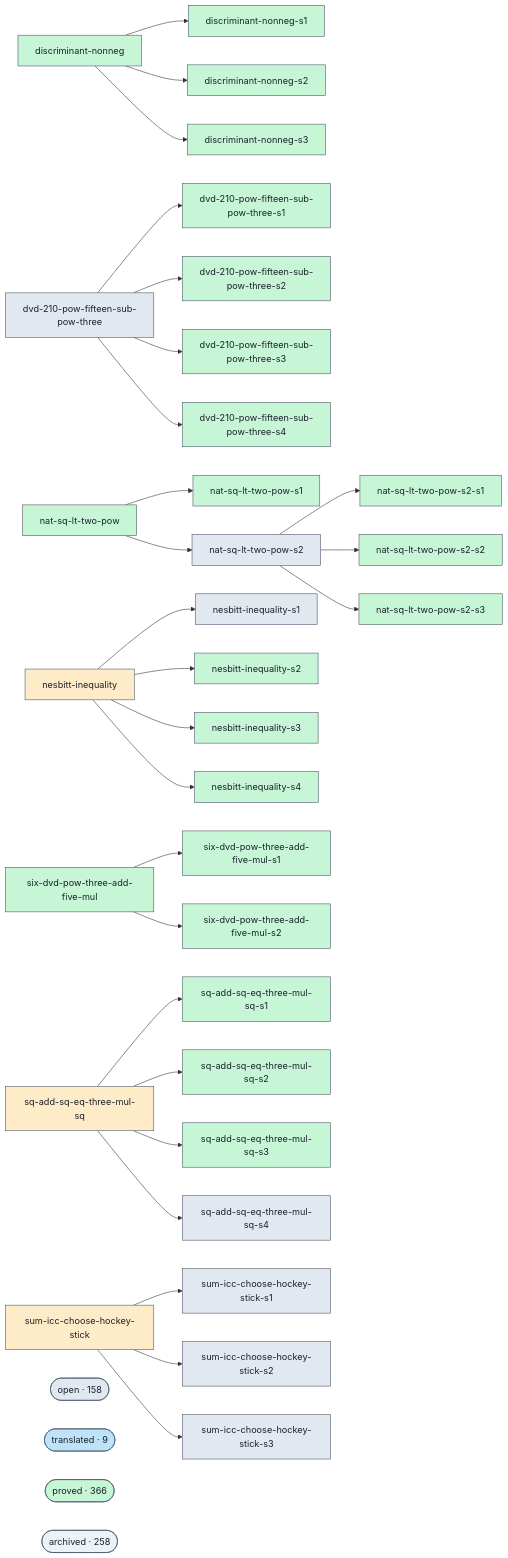
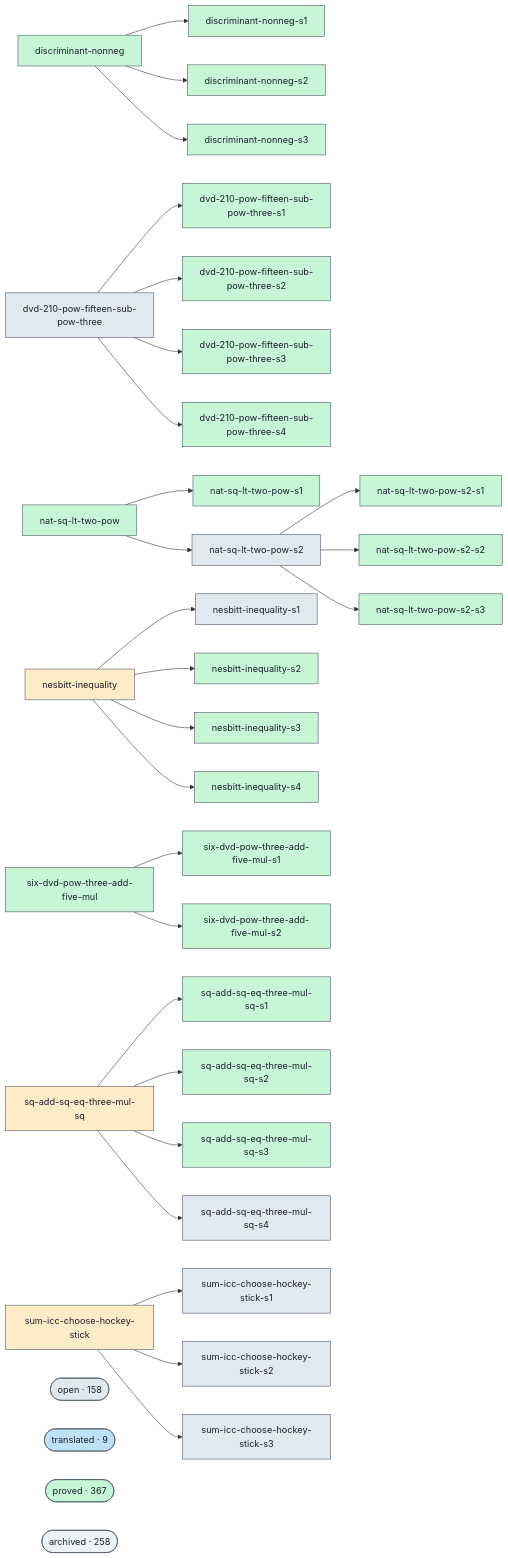
One commit to Rauxon/unsorry changed the diagram in docs/proofs-contributors-visualisation.md. Above: the diagram before and after it, drawn with Mermaid. The commit also changed other lines of this file and 2 other files, not shown here.

```diff
--- a/docs/proofs-contributors-visualisation.md
+++ b/docs/proofs-contributors-visualisation.md
@@ -147,7 +147,7 @@
   class cluster_open open;
   cluster_translated(["translated · 9"])
   class cluster_translated translated;
-  cluster_proved(["proved · 366"])
+  cluster_proved(["proved · 367"])
   class cluster_proved proved;
   cluster_archived(["archived · 258"])
   class cluster_archived unknown;
```
